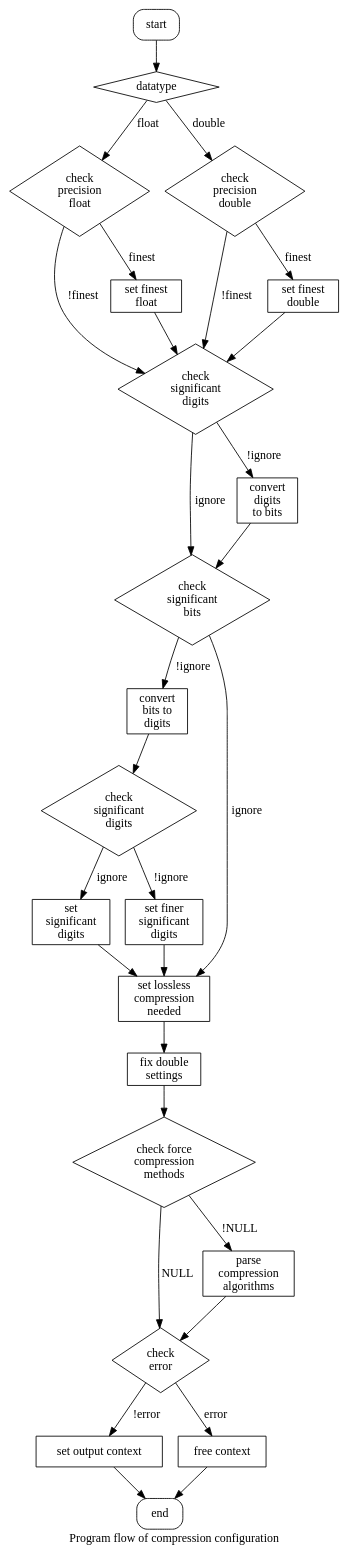
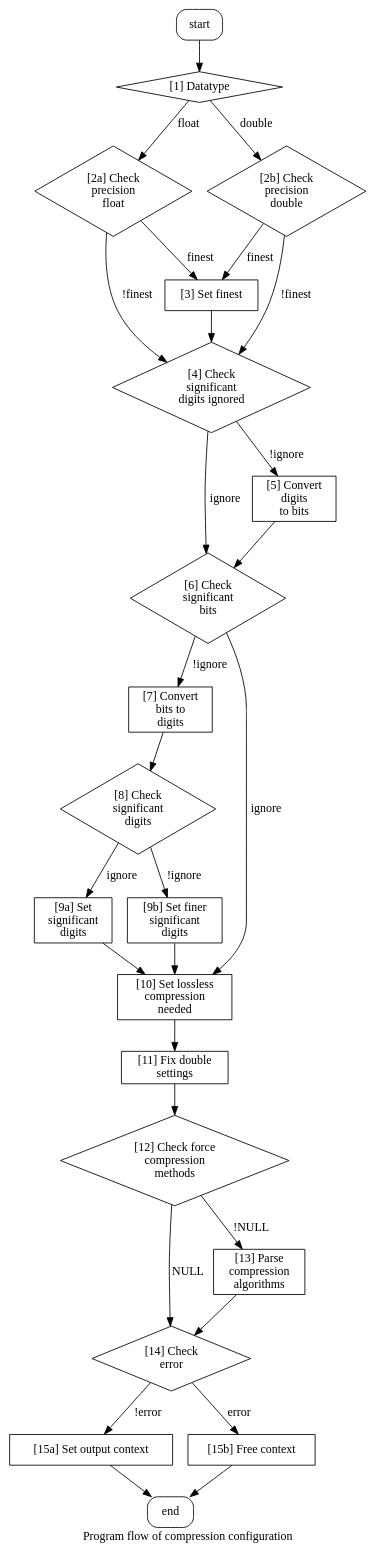
One commit to JulianKunkel/scil changed the diagram in doc/flowchart.dot. Above: the diagram before and after it, drawn with Graphviz. The commit also changed 1 other file, not shown here.

Commit message:
Reworked flowchart and its explaination

```diff
--- a/doc/flowchart.dot
+++ b/doc/flowchart.dot
@@ -1,68 +1,66 @@
 digraph {
     label="Program flow of compression configuration"
 
     node[shape="diamond"]
-        datatype;
-        precision_f[label="check\nprecision\nfloat"];
-        precision_d[label="check\nprecision\ndouble"];
-        check_sig_dig1[label="check\nsignificant\ndigits"];
-        check_sig_bit[label="check\nsignificant\nbits"]
-        check_sig_dig2[label="check\nsignificant\ndigits"];
-        frc_comp_meth_null[label="check force\ncompression\nmethods"]
-        chk_err[label="check\nerror"];
+        datatype[label="[1] Datatype"];
+        precision_f[label="[2a] Check\nprecision\nfloat"];
+        precision_d[label="[2b] Check\nprecision\ndouble"];
+        check_sig_dig1[label="[4] Check\nsignificant\ndigits ignored"];
+        check_sig_bit[label="[6] Check\nsignificant\nbits"]
+        check_sig_dig2[label="[8] Check\nsignificant\ndigits"];
+        frc_comp_meth_null[label="[12] Check force\ncompression\nmethods"]
+        chk_err[label="[14] Check\nerror"];
     node[shape="box"]
-        set_finest_d[label="set finest\ndouble"];
-        set_finest_f[label="set finest\nfloat"];
-        conv_dig_bit[label="convert\ndigits\nto bits"];
-        conv_bit_dig[label="convert\nbits to\ndigits"];
-        set_sig_dig[label="set\nsignificant\ndigits"];
-        set_f_sig_dig[label="set finer\nsignificant\ndigits"];
-        set_losles[label="set lossless\ncompression\nneeded"];
-        fix_dbl_sets[label="fix double\nsettings"];
-        prs_comp_alogs[label="parse\ncompression\nalgorithms"]
-        set_ctx[label="set output context"];
-        free_ctx[label="free context"];
+        set_finest[label="[3] Set finest"];
+        conv_dig_bit[label="[5] Convert\ndigits\nto bits"];
+        conv_bit_dig[label="[7] Convert\nbits to\ndigits"];
+        set_sig_dig[label="[9a] Set\nsignificant\ndigits"];
+        set_f_sig_dig[label="[9b] Set finer\nsignificant\ndigits"];
+        set_losles[label="[10] Set lossless\ncompression\nneeded"];
+        fix_dbl_sets[label="[11] Fix double\nsettings"];
+        prs_comp_alogs[label="[13] Parse\ncompression\nalgorithms"];
+        set_ctx[label="[15a] Set output context"];
+        free_ctx[label="[15b] Free context"];
     node[shape="box", style="rounded"]
         start;
         end;
 
     start -> datatype;
 
     datatype -> precision_f[label="float"];
     //datatype -> float[label="significant_digits > 6 ||\nsignificant_bits > 23"];
     datatype -> precision_d[label="double"];
     //datatype -> double[label="significant_digits > 15 ||\nsignificant_bits > 52"];
 
-    precision_f -> set_finest_f[label="finest"];
-    precision_d -> set_finest_d[label="finest"];
+    precision_f -> set_finest[label="finest"];
+    precision_d -> set_finest[label="finest"];
 
     precision_f -> check_sig_dig1[label="!finest"];
     precision_d -> check_sig_dig1[label="!finest"];
 
-    set_finest_f -> check_sig_dig1;
-    set_finest_d -> check_sig_dig1;
+    set_finest -> check_sig_dig1;
 
     check_sig_dig1 -> check_sig_bit[label="ignore"];
     check_sig_dig1 -> conv_dig_bit[label="!ignore"];
     conv_dig_bit -> check_sig_bit;
 
     check_sig_bit -> conv_bit_dig[label="!ignore"];
     check_sig_bit -> set_losles[label="ignore"];
 
     conv_bit_dig -> check_sig_dig2;
     check_sig_dig2 -> set_sig_dig[label="ignore"];
     check_sig_dig2 -> set_f_sig_dig[label="!ignore"];
 
     set_sig_dig -> set_losles;
     set_f_sig_dig -> set_losles;
     set_losles -> fix_dbl_sets;
     fix_dbl_sets -> frc_comp_meth_null;
     frc_comp_meth_null -> chk_err[label="NULL"];
     frc_comp_meth_null -> prs_comp_alogs[label="!NULL"];
     prs_comp_alogs -> chk_err;
     chk_err -> set_ctx[label="!error"];
     chk_err -> free_ctx[label="error"];
 
     set_ctx -> end;
     free_ctx -> end;
 }
```
